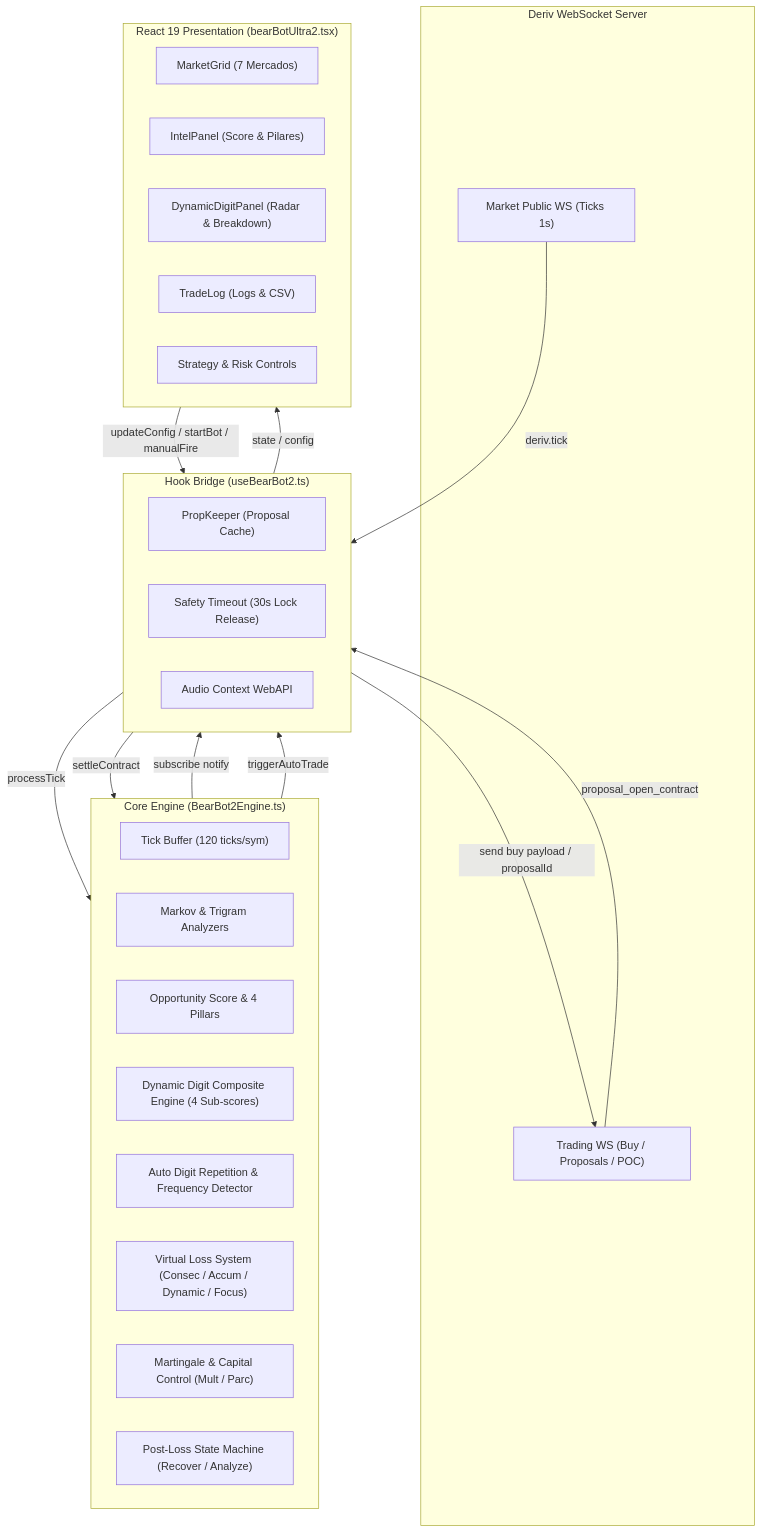
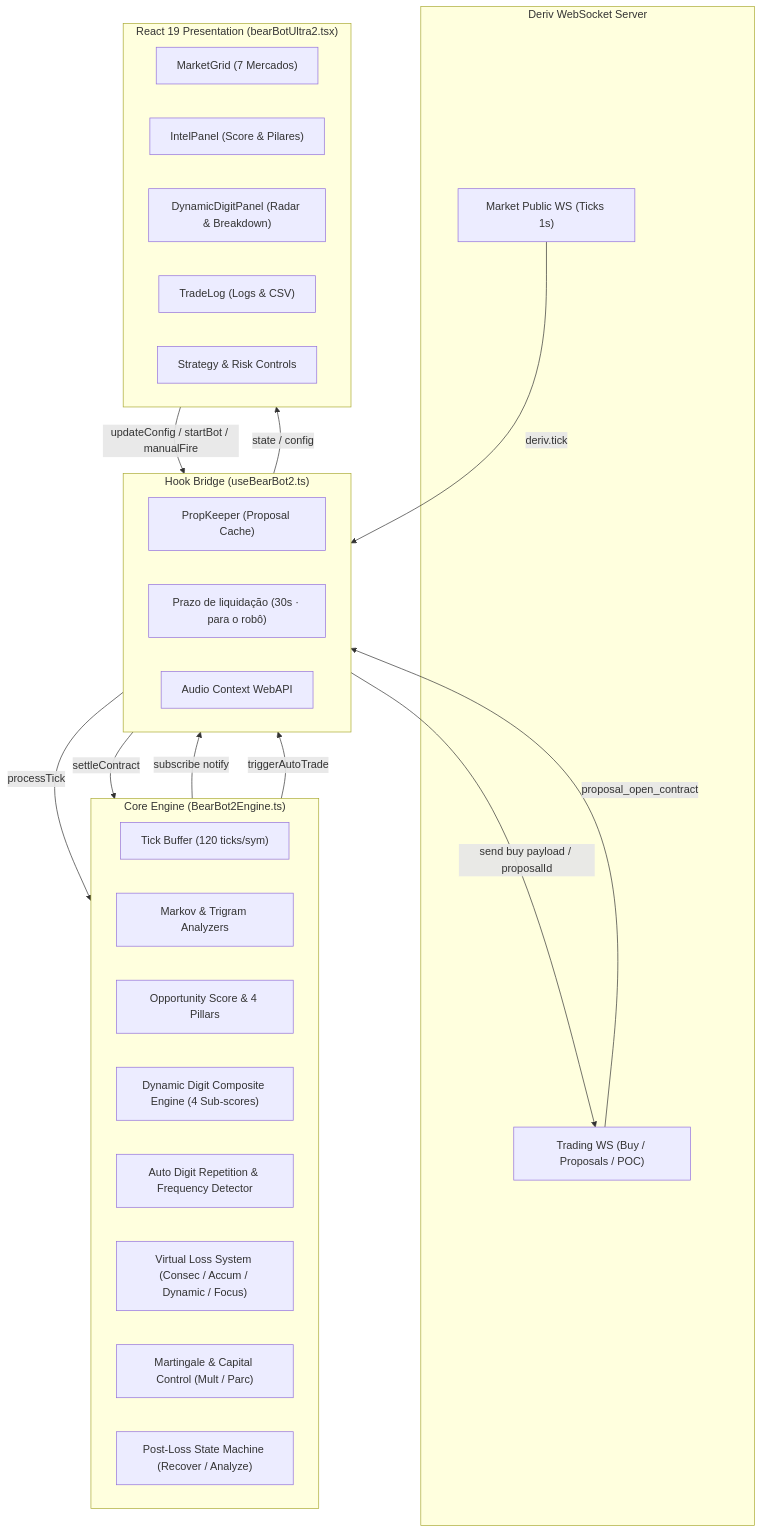
The first of 5 diagrams in docs/doc_bear_bot_ultra_2/README.md (HeldrMacedo/bot-trader), drawn with Mermaid before and after one commit. The commit also changed other lines of this file and 17 other files, not shown here.

````diff
--- a/docs/doc_bear_bot_ultra_2/README.md
+++ b/docs/doc_bear_bot_ultra_2/README.md
@@ -70,42 +70,42 @@
 ```mermaid
 flowchart TD
     subgraph Deriv_WebSocket ["Deriv WebSocket Server"]
         WS_Ticks["Market Public WS (Ticks 1s)"]
         WS_Trade["Trading WS (Buy / Proposals / POC)"]
     end
 
     subgraph Hook_Layer ["Hook Bridge (useBearBot2.ts)"]
         PropKeeper["PropKeeper (Proposal Cache)"]
-        SafeTimer["Safety Timeout (30s Lock Release)"]
+        SafeTimer["Prazo de liquidação (30s · para o robô)"]
         AudioSynth["Audio Context WebAPI"]
     end
 
     subgraph Engine_Layer ["Core Engine (BearBot2Engine.ts)"]
         TickBuffer["Tick Buffer (120 ticks/sym)"]
         MarkovTri["Markov & Trigram Analyzers"]
         IntelBrain["Opportunity Score & 4 Pillars"]
         DynDigit["Dynamic Digit Composite Engine (4 Sub-scores)"]
         AutoDigitEngine["Auto Digit Repetition & Frequency Detector"]
         VLSystem["Virtual Loss System (Consec / Accum / Dynamic / Focus)"]
         GaleManager["Martingale & Capital Control (Mult / Parc)"]
         PostLossSM["Post-Loss State Machine (Recover / Analyze)"]
     end
 
     subgraph UI_Layer ["React 19 Presentation (bearBotUltra2.tsx)"]
         MGrid["MarketGrid (7 Mercados)"]
         IPanel["IntelPanel (Score & Pilares)"]
         DynPanel["DynamicDigitPanel (Radar & Breakdown)"]
         TLog["TradeLog (Logs & CSV)"]
         Controls["Strategy & Risk Controls"]
     end
 
     WS_Ticks -->|deriv.tick| Hook_Layer
     Hook_Layer -->|processTick| Engine_Layer
     Engine_Layer -->|subscribe notify| Hook_Layer
     Hook_Layer -->|state / config| UI_Layer
     UI_Layer -->|updateConfig / startBot / manualFire| Hook_Layer
     Engine_Layer -->|triggerAutoTrade| Hook_Layer
     Hook_Layer -->|send buy payload / proposalId| WS_Trade
     WS_Trade -->|proposal_open_contract| Hook_Layer
     Hook_Layer -->|settleContract| Engine_Layer
 ```
````
